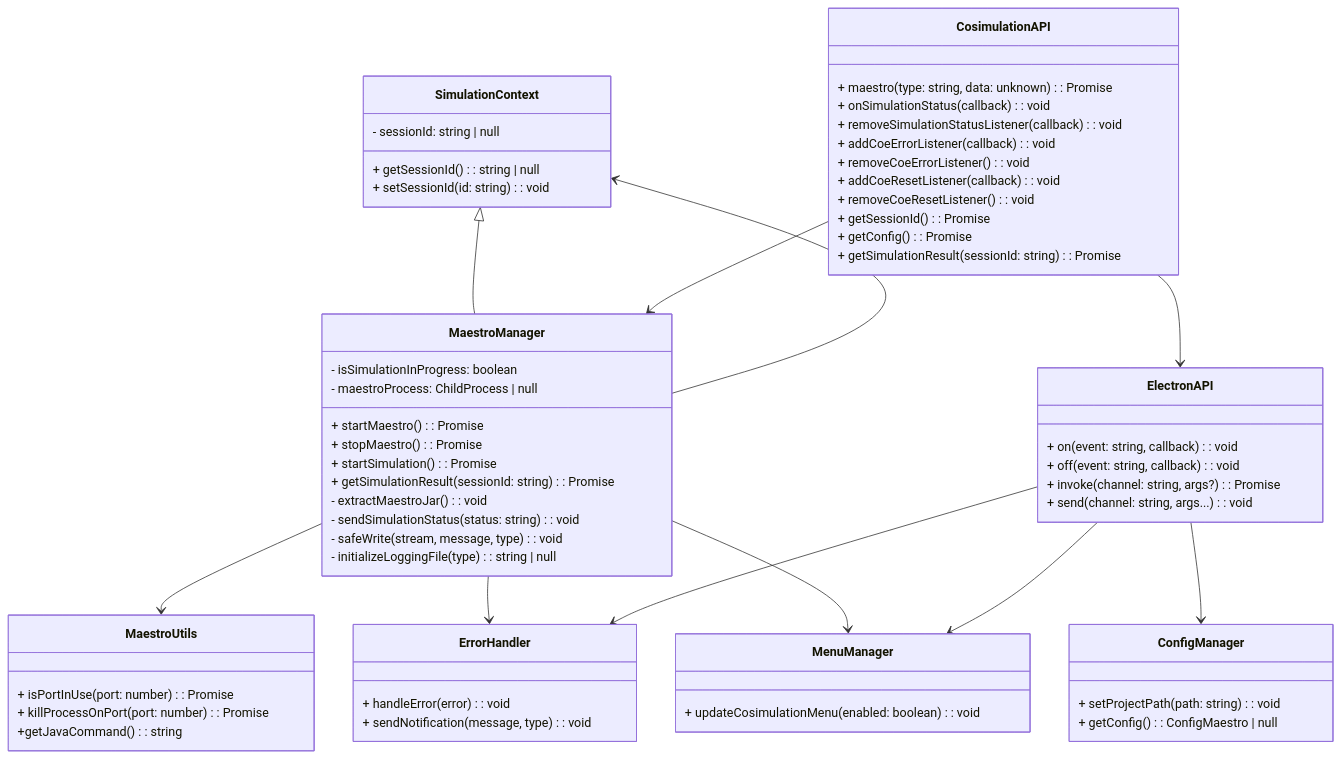
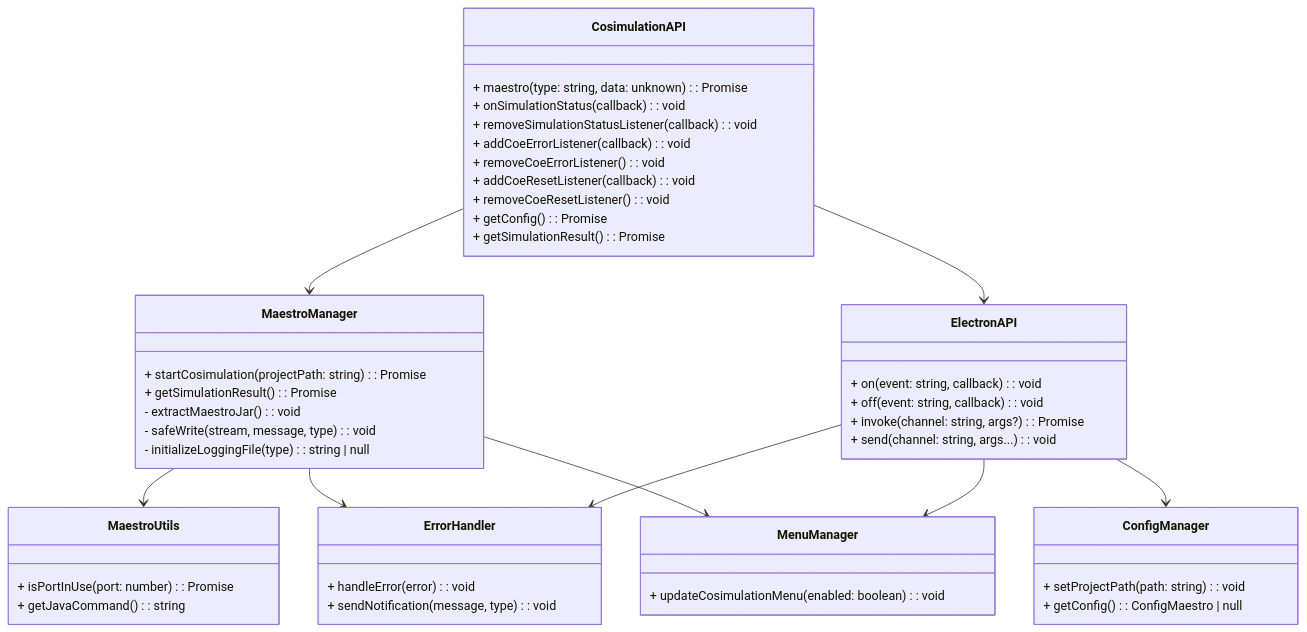
One commit to INTO-CPS-Association/into-cps-application changed the third of 7 diagrams in docs/APPLICATION LAYERS.md. Above: the diagram before and after it, drawn with Mermaid. The commit also changed other lines of this file and 2 other files, not shown here.

Commit message:
Changes for APPLICATION LAYER: - Changed React App description - New package diagram - Changed all diagrams in the documentation - Modified descriptions in multiple sections, aligning the documentation to new updates

````diff
--- a/docs/APPLICATION LAYERS.md
+++ b/docs/APPLICATION LAYERS.md
@@ -236,80 +291,65 @@
 ```mermaid
 classDiagram
-    %% Simulation Context %%
-    class SimulationContext {
-        - sessionId: string | null
-        + getSessionId(): string | null
-        + setSessionId(id: string): void
-    }
-
     %% Maestro Manager %%
     class MaestroManager {
-        + startMaestro(): Promise<MaestroResponse>
-        + stopMaestro(): Promise<void>
-        + startSimulation(): Promise<void>
-        + getSimulationResult(sessionId: string): Promise<string>
+        + startCosimulation(projectPath: string): Promise<void>
+        + getSimulationResult(): Promise<string>
         - extractMaestroJar(): void
-        - sendSimulationStatus(status: string): void
-        - isSimulationInProgress: boolean
-        - maestroProcess: ChildProcess | null
         - safeWrite(stream, message, type): void
         - initializeLoggingFile(type): string | null
     }
 
     %% Cosimulation API %%
     class CosimulationAPI {
         + maestro(type: string, data: unknown): Promise<MaestroResponse>
         + onSimulationStatus(callback): void
         + removeSimulationStatusListener(callback): void
         + addCoeErrorListener(callback): void
         + removeCoeErrorListener(): void
         + addCoeResetListener(callback): void
         + removeCoeResetListener(): void
-        + getSessionId(): Promise<string | null>
         + getConfig(): Promise<ConfigMaestro | null>
-        + getSimulationResult(sessionId: string): Promise<string>
+        + getSimulationResult(): Promise<string>
     }
 
     %% Electron API %%
     class ElectronAPI {
         + on(event: string, callback): void
         + off(event: string, callback): void
         + invoke(channel: string, args?): Promise<unknown>
         + send(channel: string, args...): void
     }
 
     %% Error Handler %%
     class ErrorHandler {
         + handleError(error): void
         + sendNotification(message, type): void
     }
 
     %% Maestro Process Utilities %%
     class MaestroUtils {
         + isPortInUse(port: number): Promise<boolean>
-        + killProcessOnPort(port: number): Promise<void>
-        +getJavaCommand(): string
+        + getJavaCommand(): string
     }
 
     %% Menu Manager %%
     class MenuManager {
         + updateCosimulationMenu(enabled: boolean): void
     }
 
     %% Config Manager %%
     class ConfigManager {
         + setProjectPath(path: string): void
         + getConfig(): ConfigMaestro | null
     }
 
-    SimulationContext <|-- MaestroManager
+    %% Relationships %%
     CosimulationAPI --> MaestroManager
     MaestroManager --> MaestroUtils
     MaestroManager --> ErrorHandler
     MaestroManager --> MenuManager
-    MaestroManager --> SimulationContext
     CosimulationAPI --> ElectronAPI
     ElectronAPI --> ErrorHandler
     ElectronAPI --> ConfigManager
     ElectronAPI --> MenuManager
 ```
````
